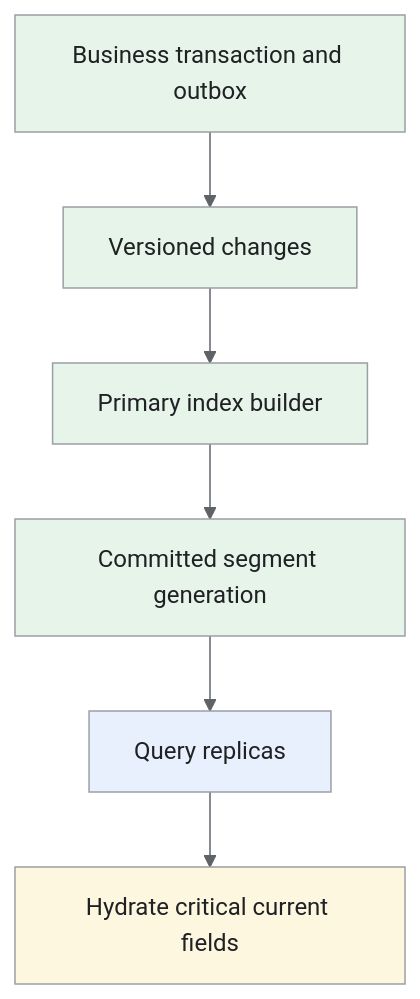
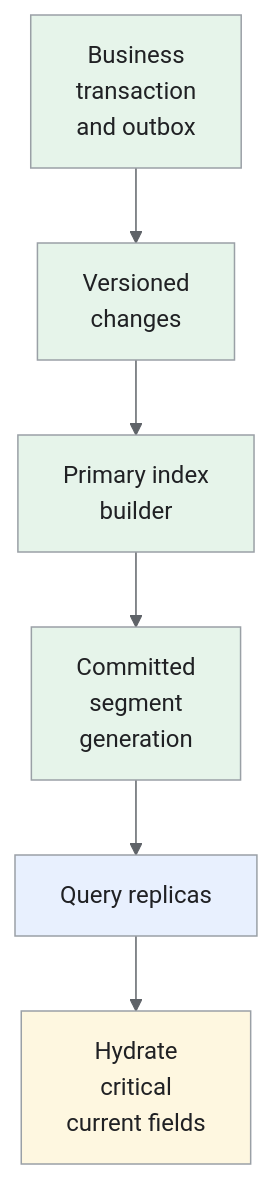
Before and after one commit to iliazlobin/iliazlobin.github.io: the fourth of 5 diagrams in _designs/yelp.md, drawn with Mermaid. The commit also changed other lines of this file and 116 other files, not shown here.

````diff
--- a/_designs/yelp.md
+++ b/_designs/yelp.md
@@ -255,16 +292,16 @@
 ```mermaid
-%%{init: {'theme':'base','themeVariables':{'primaryColor':'#e8f0fe','primaryTextColor':'#202124','primaryBorderColor':'#9aa0a6','lineColor':'#5f6368','secondaryColor':'#e6f4ea','tertiaryColor':'#fef7e0','actorBkg':'#e8f0fe','actorBorder':'#9aa0a6','actorTextColor':'#202124','noteBkgColor':'#fef7e0','noteTextColor':'#202124','noteBorderColor':'#9aa0a6','signalColor':'#5f6368','signalTextColor':'#202124','labelBoxBkgColor':'#fef7e0','labelBoxBorderColor':'#9aa0a6'}}}%%
+%%{init: {"theme":"base","themeVariables":{"primaryColor":"#e8f0fe","primaryBorderColor":"#9aa0a6","primaryTextColor":"#202124","secondaryColor":"#e6f4ea","tertiaryColor":"#fef7e0","lineColor":"#5f6368","actorBkg":"#e8f0fe","actorBorder":"#9aa0a6","actorTextColor":"#202124","noteBkgColor":"#fef7e0","noteBorderColor":"#9aa0a6","noteTextColor":"#202124","signalColor":"#5f6368","signalTextColor":"#202124"}}}%%
 flowchart TB
-  D["Business transaction and outbox"] --> E["Versioned changes"]
-  E --> I["Primary index builder"]
-  I --> G["Committed segment generation"]
+  D["Business<br>transaction<br>and outbox"] --> E["Versioned<br>changes"]
+  E --> I["Primary index<br>builder"]
+  I --> G["Committed<br>segment<br>generation"]
   G --> R["Query replicas"]
-  R --> H["Hydrate critical current fields"]
+  R --> H["Hydrate<br>critical<br>current fields"]
 classDef request fill:#e8f0fe,stroke:#9aa0a6,color:#202124;
 classDef data fill:#e6f4ea,stroke:#9aa0a6,color:#202124;
 classDef control fill:#fef7e0,stroke:#9aa0a6,color:#202124;
 class R request;
 class D,E,I,G data;
 class H control;
 
 ```
````
